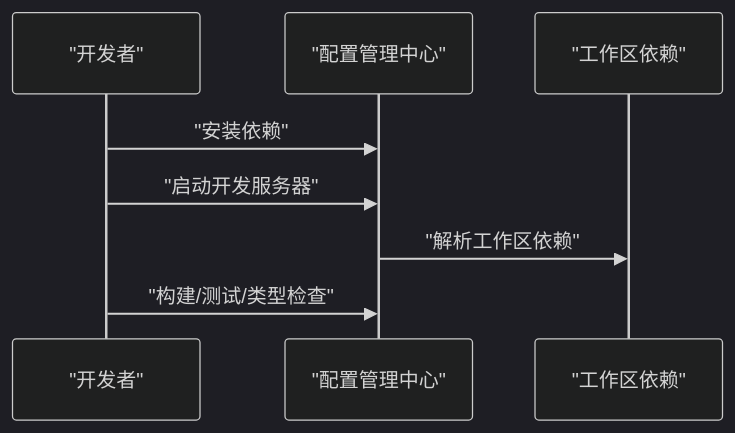
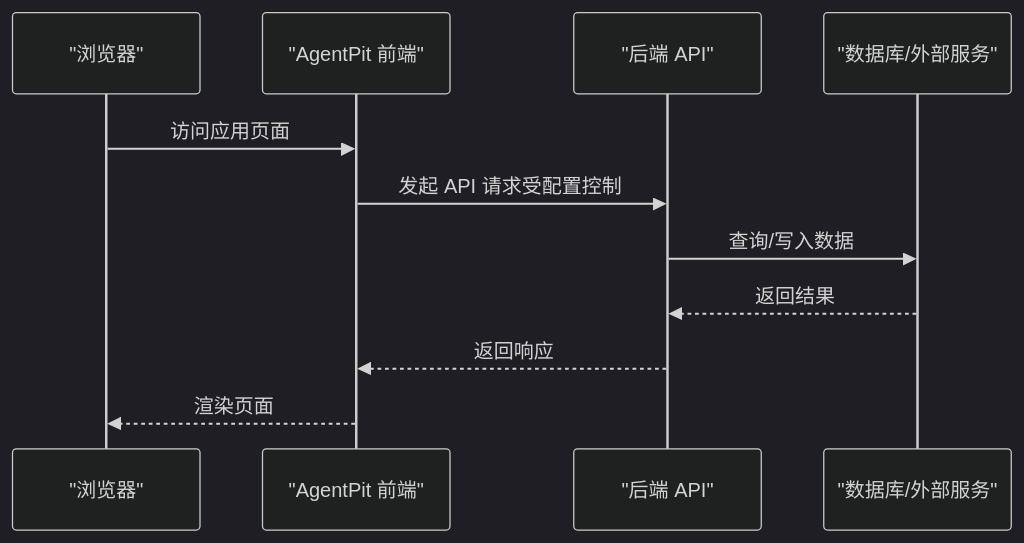
One commit to daoApps/daoApps changed the second of 6 diagrams in .qoder/repowiki/zh/content/快速开始.md. Above: the diagram before and after it, drawn with Mermaid (dark theme). The commit also changed other lines of this file and 274 other files, not shown here.

````diff
--- a/.qoder/repowiki/zh/content/快速开始.md
+++ b/.qoder/repowiki/zh/content/快速开始.md
@@ -196,10 +87,13 @@
 ```mermaid
 sequenceDiagram
-participant Dev as "开发者"
-participant CC as "配置管理中心"
-participant WS as "工作区依赖"
-Dev->>CC : "安装依赖"
-Dev->>CC : "启动开发服务器"
-CC->>WS : "解析工作区依赖"
-Dev->>CC : "构建/测试/类型检查"
+participant Browser as "浏览器"
+participant Frontend as "AgentPit 前端"
+participant API as "后端 API"
+participant DB as "数据库/外部服务"
+Browser->>Frontend : 访问应用页面
+Frontend->>API : 发起 API 请求受配置控制
+API->>DB : 查询/写入数据
+DB-->>API : 返回结果
+API-->>Frontend : 返回响应
+Frontend-->>Browser : 渲染页面
 ```
````
